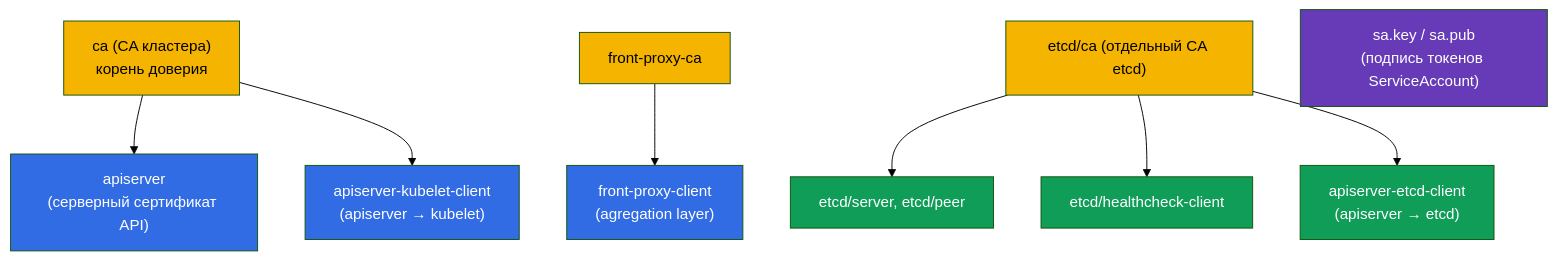
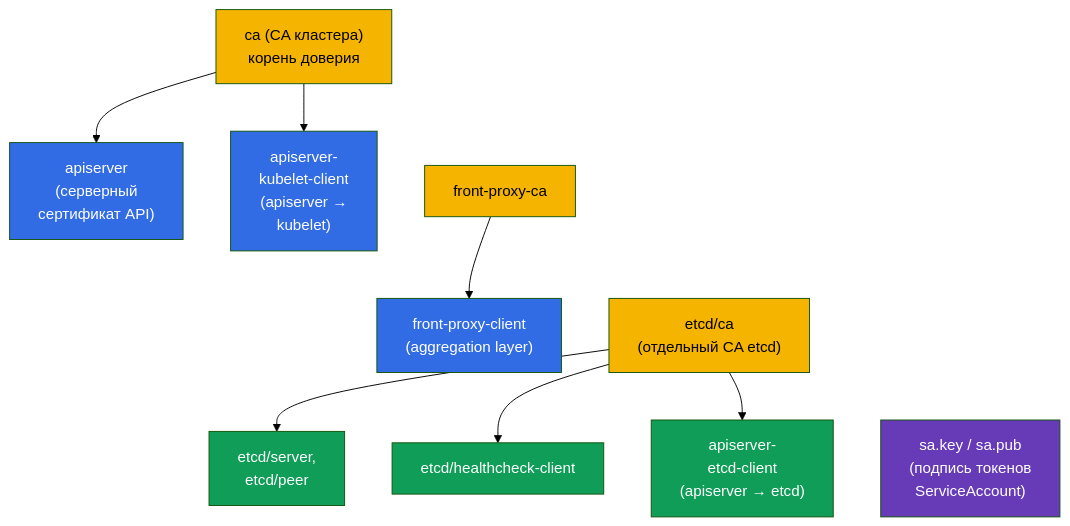
Before and after one commit to ViktorUJ/cks: the seventh of 8 diagrams in tasks/cka/course/35/ru.md, drawn with Mermaid (forest theme). The commit also changed other lines of this file and 30 other files, not shown here.

````diff
--- a/tasks/cka/course/35/ru.md
+++ b/tasks/cka/course/35/ru.md
@@ -206,21 +284,22 @@
 ```mermaid
 flowchart TB
     ca["ca (CA кластера)<br>корень доверия"]
-    ca --> apis["apiserver<br>(серверный сертификат API)"]
-    ca --> akc["apiserver-kubelet-client<br>(apiserver → kubelet)"]
-    fca["front-proxy-ca"] --> fpc["front-proxy-client<br>(agregation layer)"]
-    eca["etcd/ca (отдельный CA etcd)"] --> es["etcd/server, etcd/peer"]
+    ca --> apis["apiserver<br>(серверный<br>сертификат API)"]
+    ca --> akc["apiserver-<br>kubelet-client<br>(apiserver →<br>kubelet)"]
+    fca["front-proxy-ca"] --> fpc["front-proxy-client<br>(aggregation layer)"]
+    eca["etcd/ca<br>(отдельный CA etcd)"] --> es["etcd/server,<br>etcd/peer"]
     eca --> ehc["etcd/healthcheck-client"]
-    eca --> aec["apiserver-etcd-client<br>(apiserver → etcd)"]
-    sa["sa.key / sa.pub<br>(подпись токенов ServiceAccount)"]
+    eca --> aec["apiserver-<br>etcd-client<br>(apiserver → etcd)"]
+    sa["sa.key / sa.pub<br>(подпись токенов<br>ServiceAccount)"]
+    ca ~~~ fca ~~~ eca ~~~ sa
     style ca fill:#f4b400,color:#000
     style fca fill:#f4b400,color:#000
     style eca fill:#f4b400,color:#000
     style apis fill:#326ce5,color:#fff
     style akc fill:#326ce5,color:#fff
     style fpc fill:#326ce5,color:#fff
     style es fill:#0f9d58,color:#fff
     style ehc fill:#0f9d58,color:#fff
     style aec fill:#0f9d58,color:#fff
     style sa fill:#673ab7,color:#fff
 ```
````
